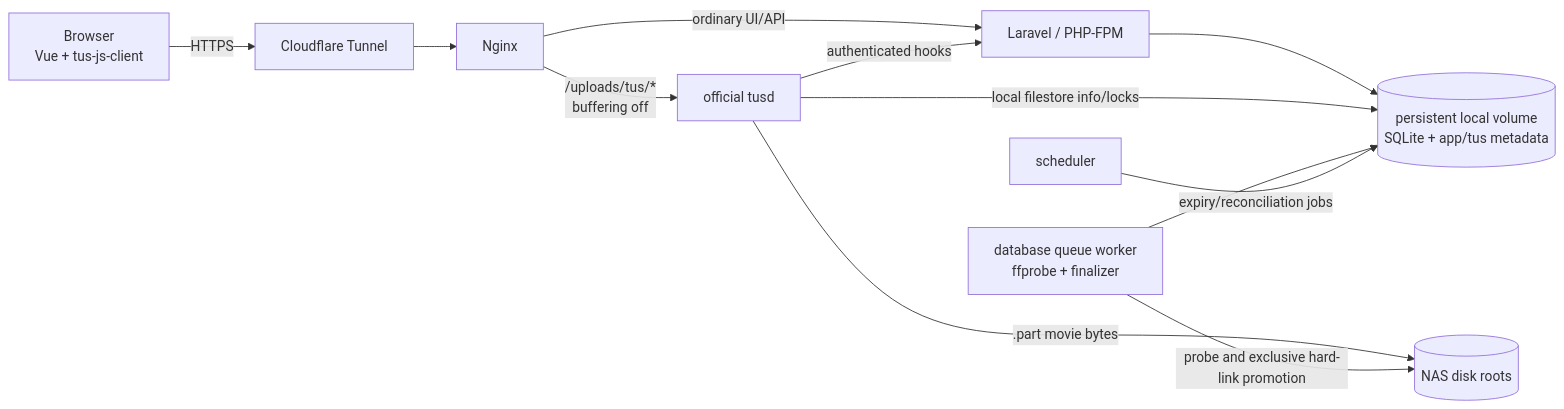
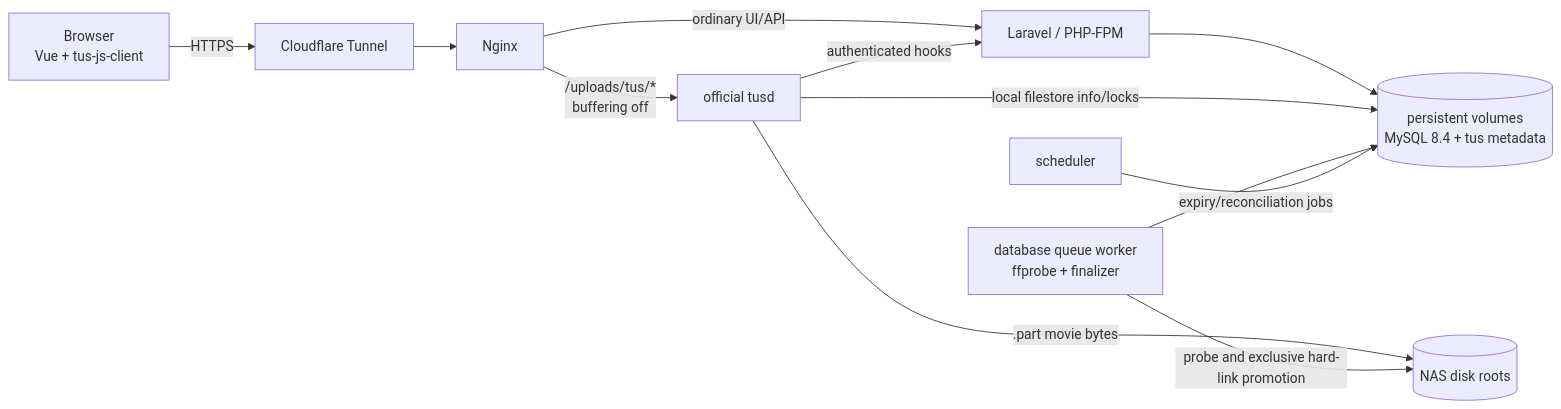
The first of 3 diagrams in docs/architecture.md (VaclavKlima/MediaUploadManager), drawn with Mermaid before and after one commit. The commit also changed other lines of this file and 183 other files, not shown here.

````diff
--- a/docs/architecture.md
+++ b/docs/architecture.md
@@ -7,23 +7,23 @@
 ```mermaid
 flowchart LR
     B[Browser<br/>Vue + tus-js-client]
     C[Cloudflare Tunnel]
     N[Nginx]
     A[Laravel / PHP-FPM]
-    D[(persistent local volume<br/>SQLite + app/tus metadata)]
+    D[(persistent volumes<br/>MySQL 8.4 + tus metadata)]
     T[official tusd]
     Q[database queue worker<br/>ffprobe + finalizer]
     S[scheduler]
     NAS[(NAS disk roots)]
 
     B -->|HTTPS| C --> N
     N -->|ordinary UI/API| A
     N -->|/uploads/tus/*<br/>buffering off| T
     A --> D
     T -->|authenticated hooks| A
     T -->|.part movie bytes| NAS
     T -->|local filestore info/locks| D
     Q --> D
     Q -->|probe and exclusive hard-link promotion| NAS
     S -->|expiry/reconciliation jobs| D
 ```
````
